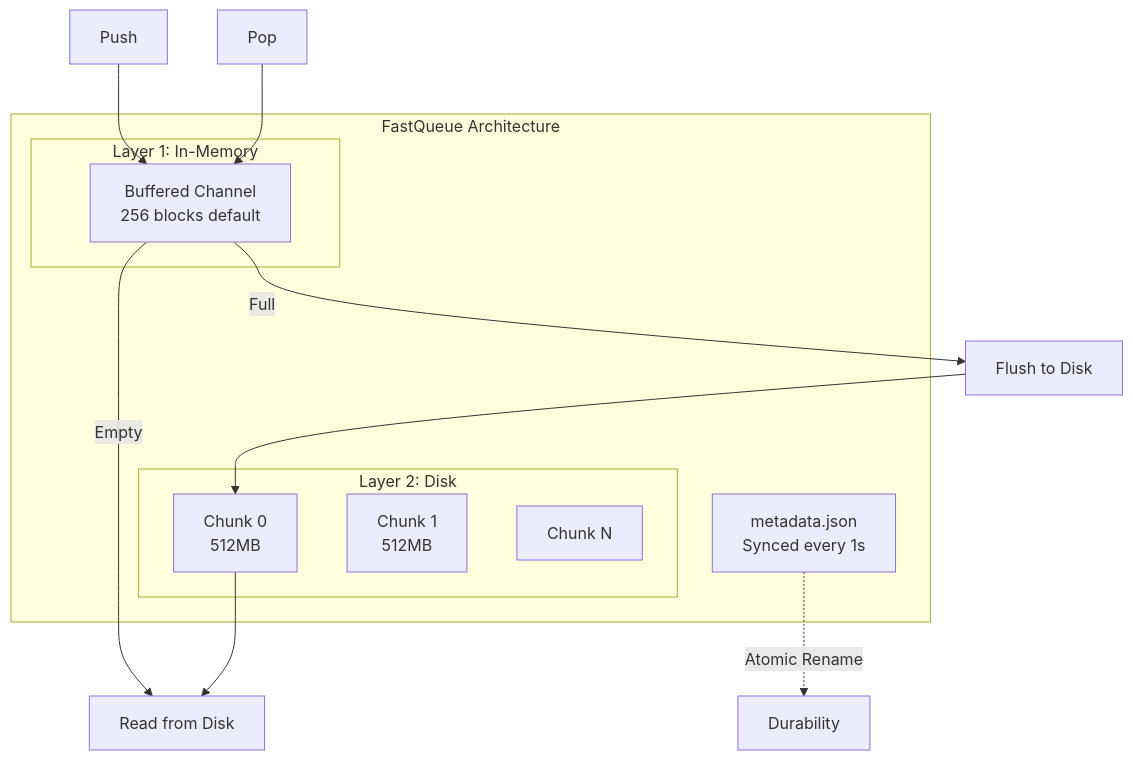
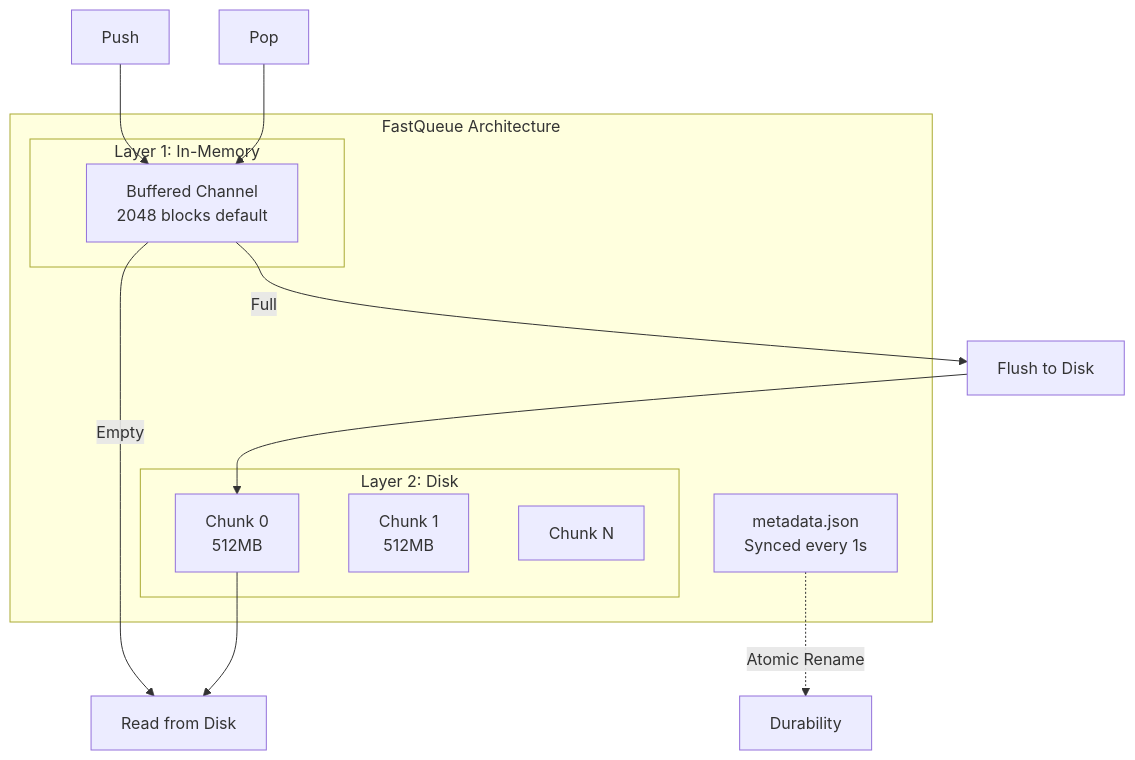
One commit to szibis/metrics-governor changed the seventh of 10 diagrams in docs/performance.md. Above: the diagram before and after it, drawn with Mermaid. The commit also changed other lines of this file and 7 other files, not shown here.

````diff
--- a/docs/performance.md
+++ b/docs/performance.md
@@ -385,24 +388,24 @@
 ```mermaid
 flowchart TB
     subgraph "FastQueue Architecture"
         subgraph "Layer 1: In-Memory"
-            CH[Buffered Channel<br/>256 blocks default]
+            CH[Buffered Channel<br/>2048 blocks default]
         end
 
         subgraph "Layer 2: Disk"
             C1[Chunk 0<br/>512MB]
             C2[Chunk 1<br/>512MB]
             CN[Chunk N]
         end
 
         META[metadata.json<br/>Synced every 1s]
     end
 
     PUSH[Push] --> CH
     CH -->|Full| FLUSH[Flush to Disk]
     FLUSH --> C1
     POP[Pop] --> CH
     CH -->|Empty| READ[Read from Disk]
     C1 --> READ
     META -.->|Atomic Rename| DURABLE[Durability]
 ```
````
